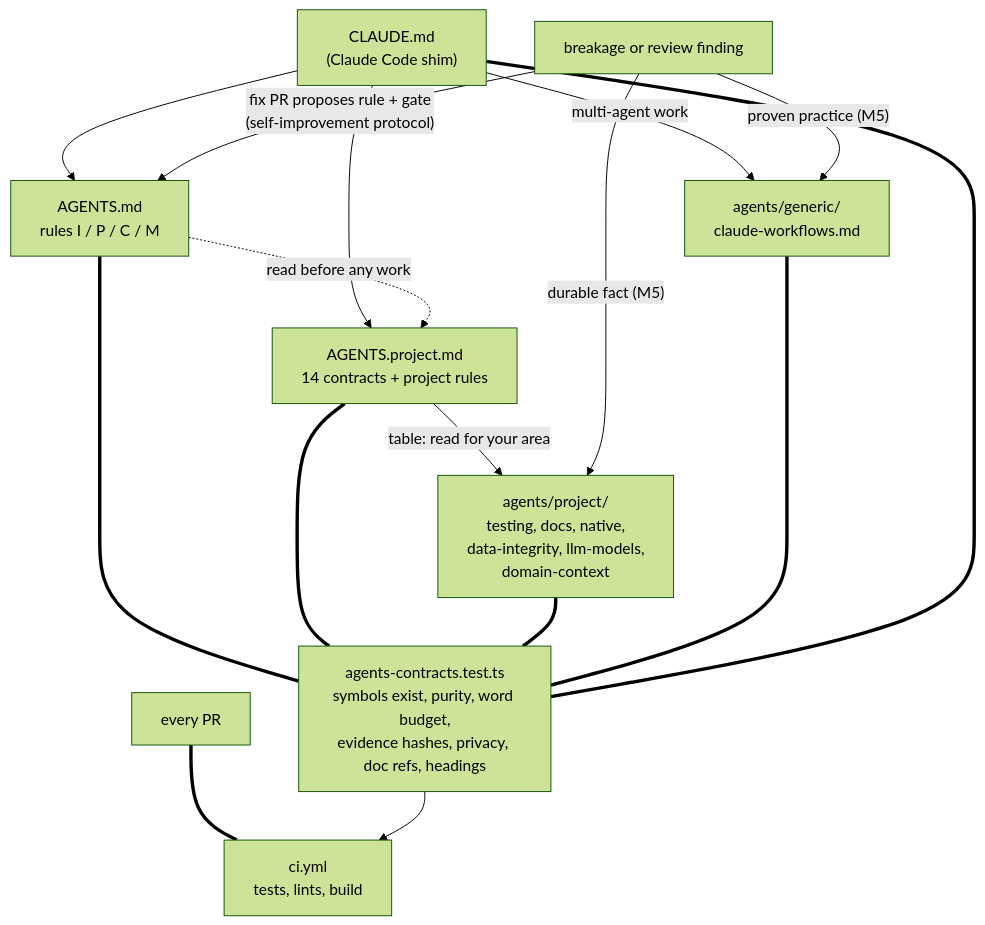
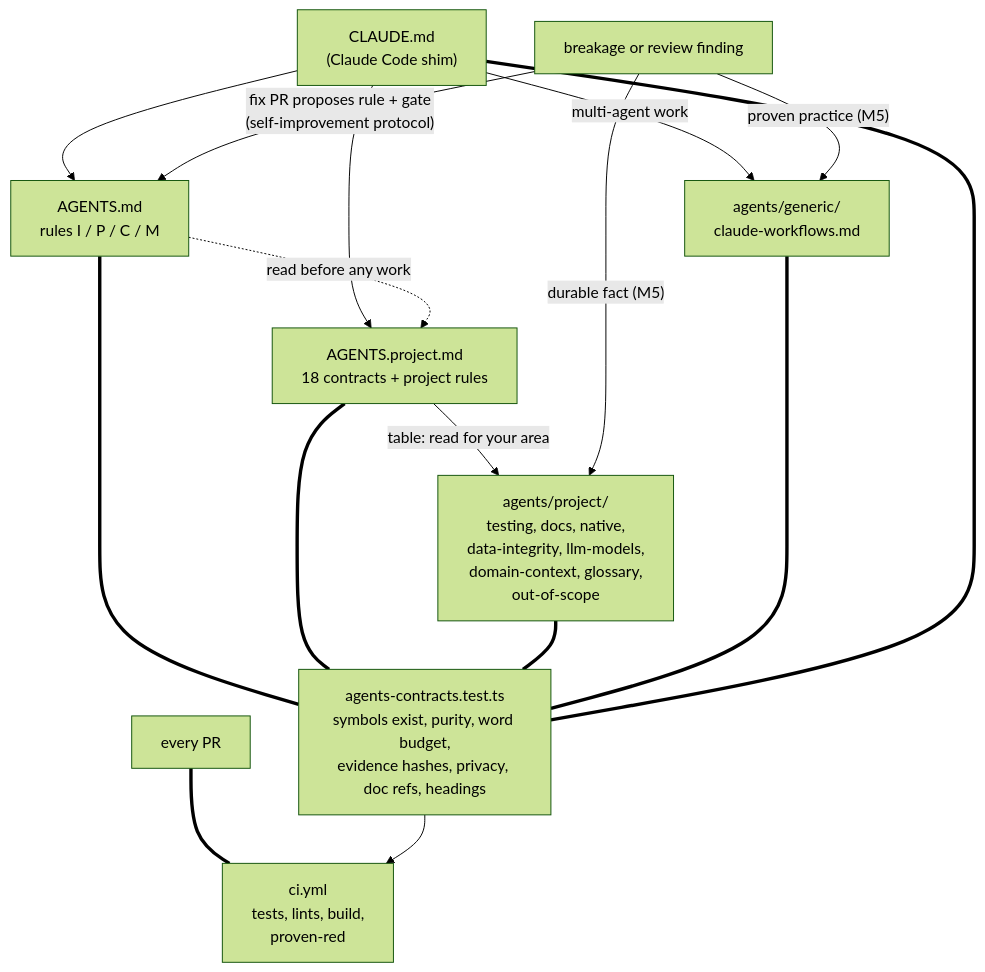
Before and after one commit to ZoneMinder/zmNinjaNG: the diagram in docs/developer-guide/14-agent-development-model.rst, drawn with Mermaid (forest theme). The commit also changed other lines of this file, not shown here.

```diff
--- a/docs/developer-guide/14-agent-development-model.rst
+++ b/docs/developer-guide/14-agent-development-model.rst
@@ -299,18 +301,18 @@
 .. mermaid::
 
    graph TD
      CL["CLAUDE.md<br/>(Claude Code shim)"] --> AG["AGENTS.md<br/>rules I / P / C / M"]
-     CL --> AP["AGENTS.project.md<br/>14 contracts + project rules"]
+     CL --> AP["AGENTS.project.md<br/>18 contracts + project rules"]
      AG -. "read before any work" .-> AP
-     AP -- "table: read for your area" --> PP["agents/project/<br/>testing, docs, native,<br/>data-integrity, llm-models,<br/>domain-context"]
+     AP -- "table: read for your area" --> PP["agents/project/<br/>testing, docs, native,<br/>data-integrity, llm-models,<br/>domain-context, glossary,<br/>out-of-scope"]
      CL -- "multi-agent work" --> GP["agents/generic/<br/>claude-workflows.md"]
      AG === GATE["agents-contracts.test.ts<br/>symbols exist, purity, word budget,<br/>evidence hashes, privacy, doc refs, headings"]
      AP === GATE
      PP === GATE
      GP === GATE
      CL === GATE
-     PR["every PR"] === CI["ci.yml<br/>tests, lints, build"]
+     PR["every PR"] === CI["ci.yml<br/>tests, lints, build,<br/>proven-red"]
      GATE --> CI
      FAIL["breakage or review finding"] -- "fix PR proposes rule + gate<br/>(self-improvement protocol)" --> AG
      FAIL -- "durable fact (M5)" --> PP
      FAIL -- "proven practice (M5)" --> GP
```
